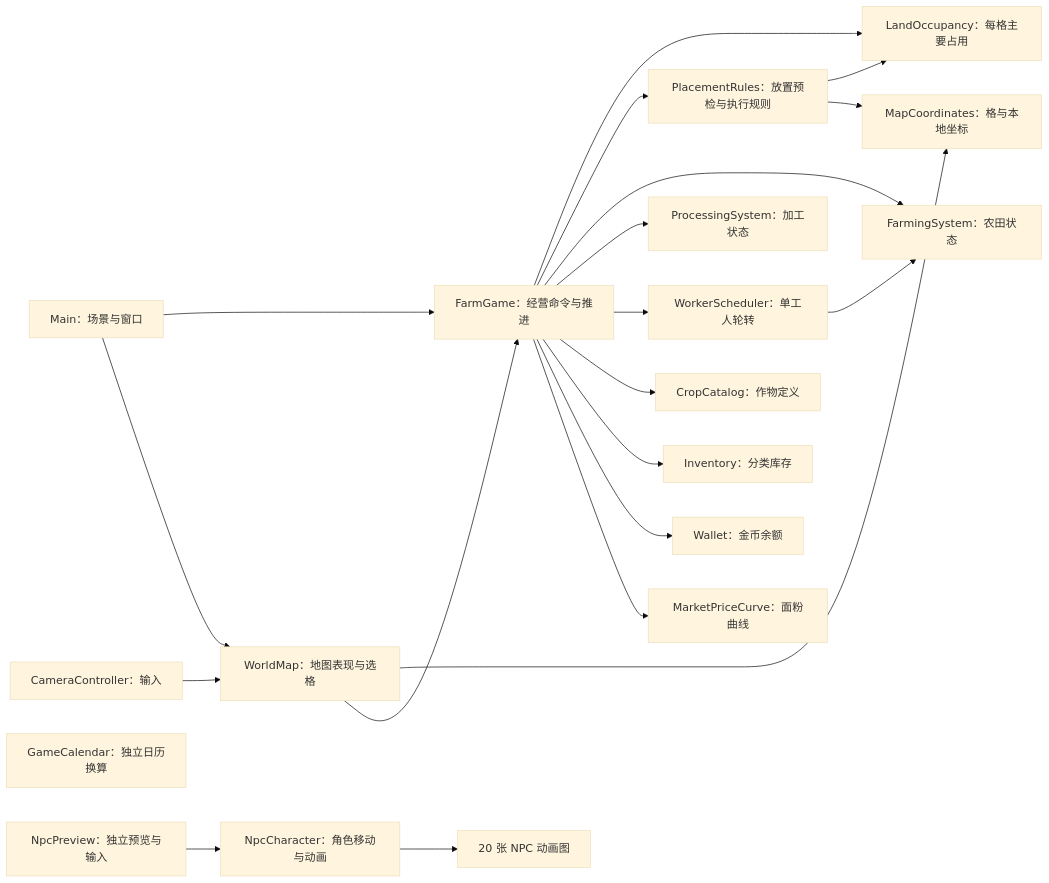
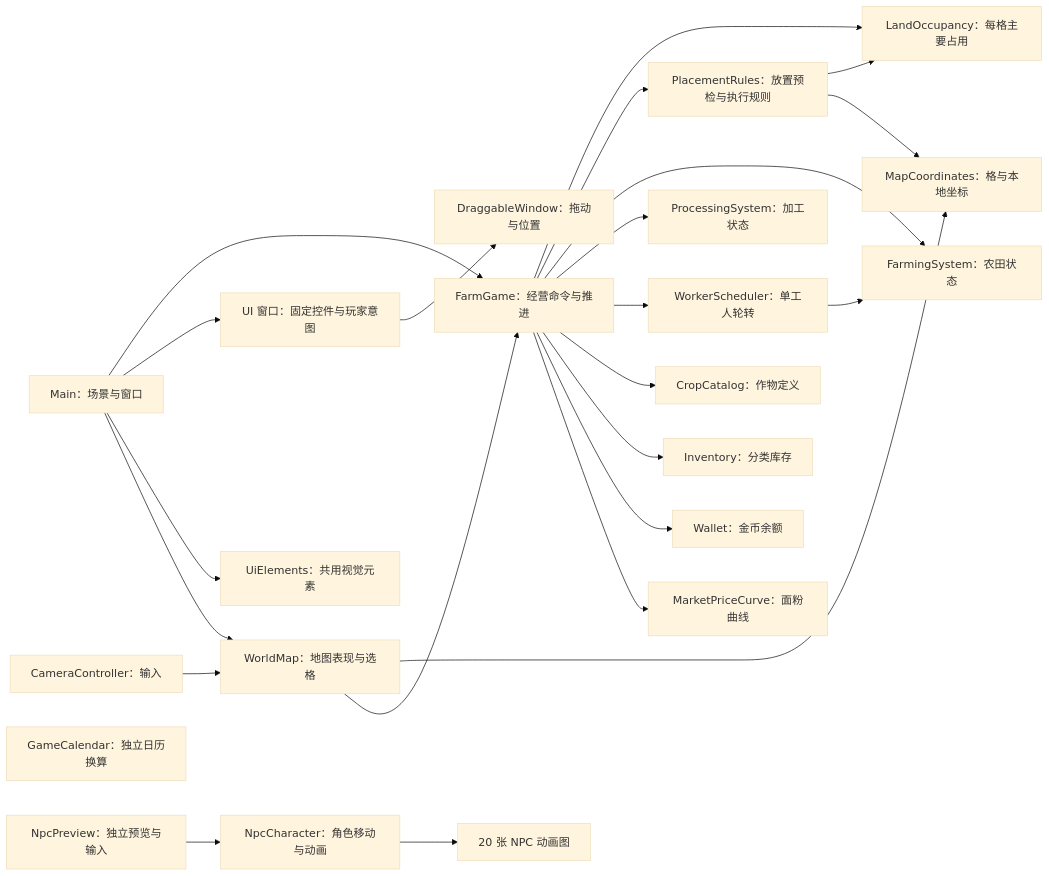
One commit to Fotally/Farm-Exchange changed the diagram in docs/architecture/implementation-system-organization.md. Above: the diagram before and after it, drawn with Mermaid (base theme). The commit also changed other lines of this file and 34 other files, not shown here.

````diff
--- a/docs/architecture/implementation-system-organization.md
+++ b/docs/architecture/implementation-system-organization.md
@@ -5,23 +5,26 @@
 ```mermaid
 flowchart LR
     Main[Main：场景与窗口] --> FarmGame[FarmGame：经营命令与推进]
+    Main --> UiWindows[UI 窗口：固定控件与玩家意图]
+    UiWindows --> DragWindow[DraggableWindow：拖动与位置]
+    Main --> UiStyle[UiElements：共用视觉元素]
     Main --> WorldMap[WorldMap：地图表现与选格]
     Camera[CameraController：输入] --> WorldMap
     WorldMap --> MapCoordinates[MapCoordinates：格与本地坐标]
     WorldMap --> FarmGame
     FarmGame --> LandOccupancy[LandOccupancy：每格主要占用]
     FarmGame --> PlacementRules[PlacementRules：放置预检与执行规则]
     PlacementRules --> LandOccupancy
     PlacementRules --> MapCoordinates
     FarmGame --> FarmingSystem[FarmingSystem：农田状态]
     FarmGame --> ProcessingSystem[ProcessingSystem：加工状态]
     FarmGame --> WorkerScheduler[WorkerScheduler：单工人轮转]
     WorkerScheduler --> FarmingSystem
     FarmGame --> CropCatalog[CropCatalog：作物定义]
     FarmGame --> Inventory[Inventory：分类库存]
     FarmGame --> Wallet[Wallet：金币余额]
     FarmGame --> Market[MarketPriceCurve：面粉曲线]
     GameCalendar[GameCalendar：独立日历换算]
     NpcPreview[NpcPreview：独立预览与输入] --> NpcCharacter[NpcCharacter：角色移动与动画]
     NpcCharacter --> NpcSheets[20 张 NPC 动画图]
 ```
````
